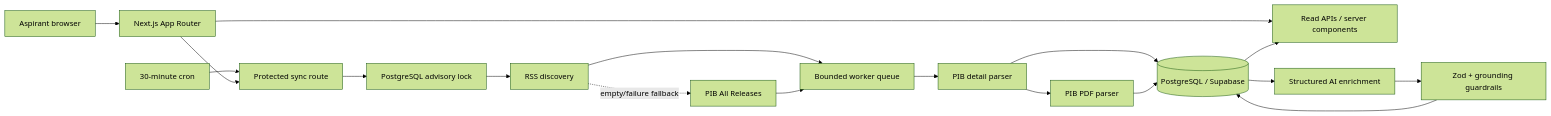
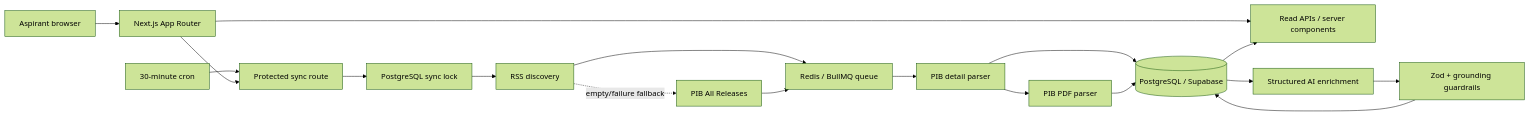
One commit to dimmu23/dailyDigest changed the diagram in docs/PRODUCT-AND-ARCHITECTURE.md. Above: the diagram before and after it, drawn with Mermaid (forest theme). The commit also changed other lines of this file and 5 other files, not shown here.

````diff
--- a/docs/PRODUCT-AND-ARCHITECTURE.md
+++ b/docs/PRODUCT-AND-ARCHITECTURE.md
@@ -60,20 +61,20 @@
 ```mermaid
 flowchart LR
   U["Aspirant browser"] --> N["Next.js App Router"]
   C["30-minute cron"] --> S["Protected sync route"]
   N --> A["Read APIs / server components"]
   N --> S
-  S --> L["PostgreSQL advisory lock"]
+  S --> L["PostgreSQL sync lock"]
   L --> D["RSS discovery"]
   D -. "empty/failure fallback" .-> AR["PIB All Releases"]
-  D --> Q["Bounded worker queue"]
+  D --> Q["Redis / BullMQ queue"]
   AR --> Q
   Q --> P["PIB detail parser"]
   P --> F["PIB PDF parser"]
   P --> DB[("PostgreSQL / Supabase")]
   F --> DB
   DB --> AI["Structured AI enrichment"]
   AI --> V["Zod + grounding guardrails"]
   V --> DB
   DB --> A
 ```
````
